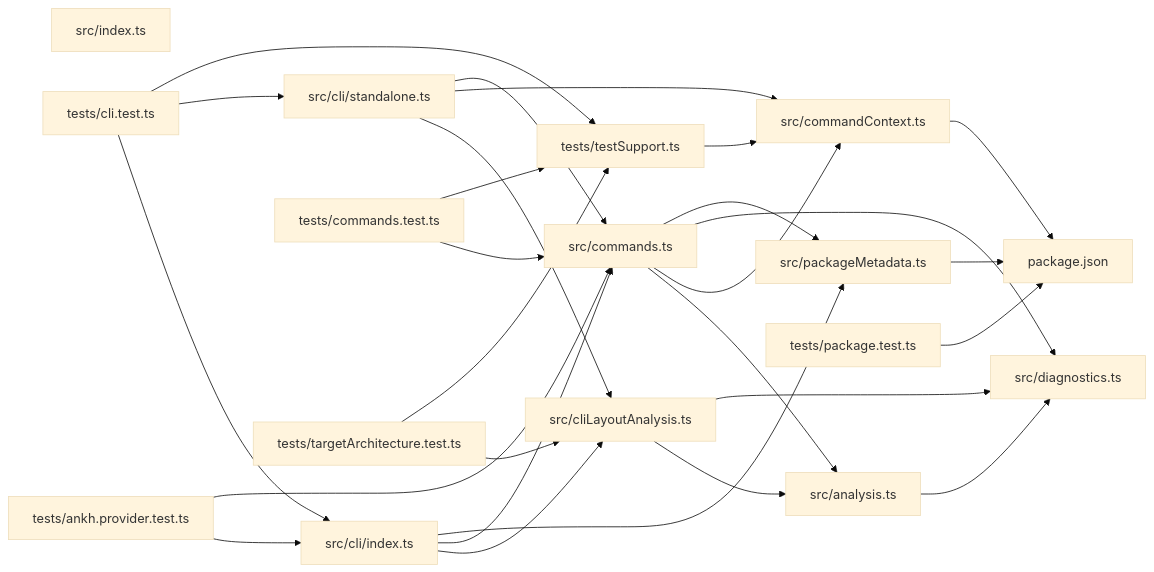
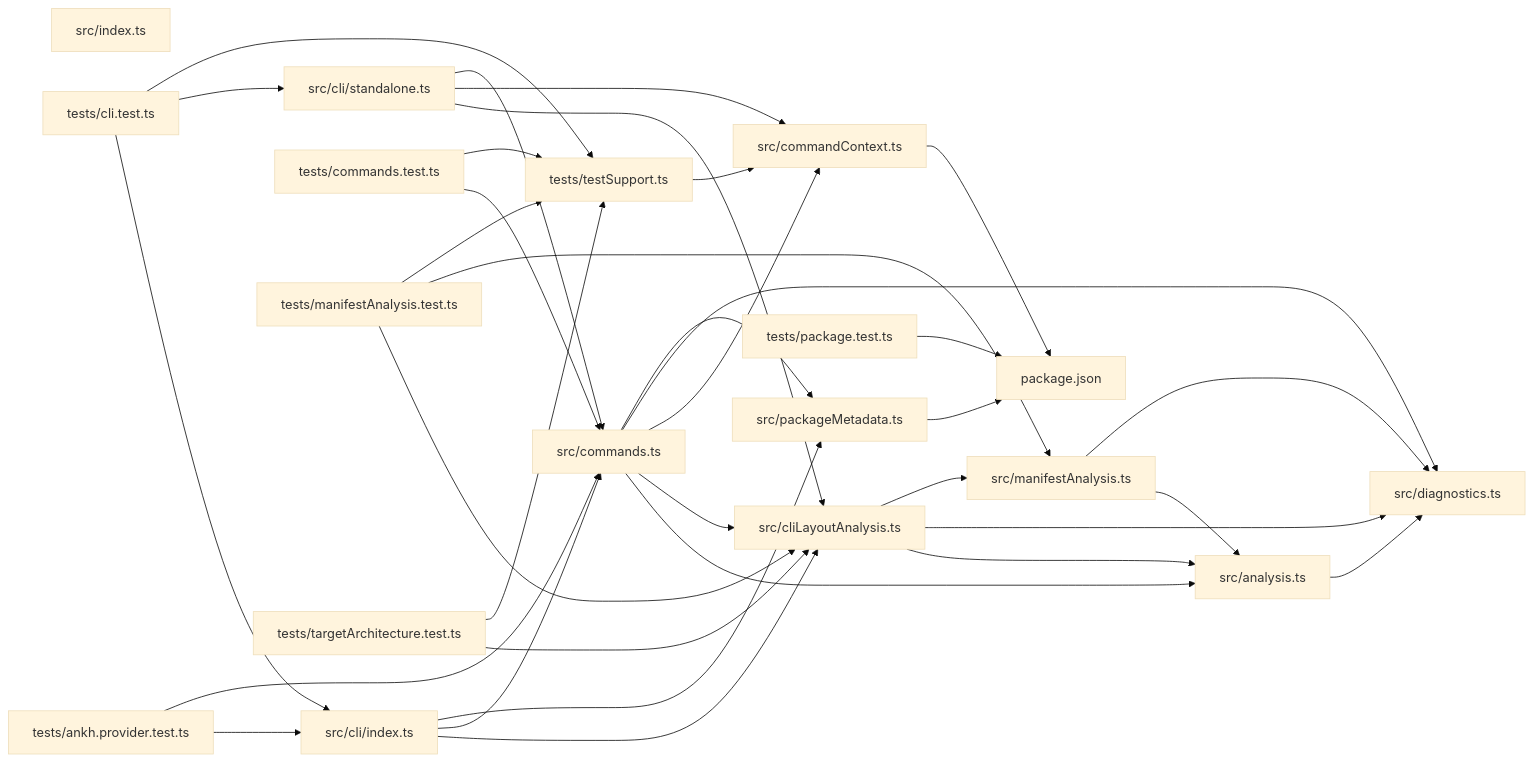
The diagram in paradox/diagrams/module-relationships.mmd (ankhorage/doctor), drawn with Mermaid (base theme) before and after one commit. The commit also changed 16 other files, not shown here.

```diff
--- a/paradox/diagrams/module-relationships.mmd
+++ b/paradox/diagrams/module-relationships.mmd
@@ -1,43 +1,52 @@
 graph LR
   module_package_json["package.json"]
   module_src_analysis_ts["src/analysis.ts"]
   module_src_cli_index_ts["src/cli/index.ts"]
   module_src_cli_standalone_ts["src/cli/standalone.ts"]
   module_src_cliLayoutAnalysis_ts["src/cliLayoutAnalysis.ts"]
   module_src_commandContext_ts["src/commandContext.ts"]
   module_src_commands_ts["src/commands.ts"]
   module_src_diagnostics_ts["src/diagnostics.ts"]
   module_src_index_ts["src/index.ts"]
+  module_src_manifestAnalysis_ts["src/manifestAnalysis.ts"]
   module_src_packageMetadata_ts["src/packageMetadata.ts"]
   module_tests_ankh_provider_test_ts["tests/ankh.provider.test.ts"]
   module_tests_cli_test_ts["tests/cli.test.ts"]
   module_tests_commands_test_ts["tests/commands.test.ts"]
+  module_tests_manifestAnalysis_test_ts["tests/manifestAnalysis.test.ts"]
   module_tests_package_test_ts["tests/package.test.ts"]
   module_tests_targetArchitecture_test_ts["tests/targetArchitecture.test.ts"]
   module_tests_testSupport_ts["tests/testSupport.ts"]
   module_src_analysis_ts --> module_src_diagnostics_ts
   module_src_cli_index_ts --> module_src_cliLayoutAnalysis_ts
   module_src_cli_index_ts --> module_src_commands_ts
   module_src_cli_index_ts --> module_src_packageMetadata_ts
   module_src_cli_standalone_ts --> module_src_cliLayoutAnalysis_ts
   module_src_cli_standalone_ts --> module_src_commandContext_ts
   module_src_cli_standalone_ts --> module_src_commands_ts
   module_src_cliLayoutAnalysis_ts --> module_src_analysis_ts
   module_src_cliLayoutAnalysis_ts --> module_src_diagnostics_ts
+  module_src_cliLayoutAnalysis_ts --> module_src_manifestAnalysis_ts
   module_src_commandContext_ts --> module_package_json
   module_src_commands_ts --> module_src_analysis_ts
+  module_src_commands_ts --> module_src_cliLayoutAnalysis_ts
   module_src_commands_ts --> module_src_commandContext_ts
   module_src_commands_ts --> module_src_diagnostics_ts
   module_src_commands_ts --> module_src_packageMetadata_ts
+  module_src_manifestAnalysis_ts --> module_src_analysis_ts
+  module_src_manifestAnalysis_ts --> module_src_diagnostics_ts
   module_src_packageMetadata_ts --> module_package_json
   module_tests_ankh_provider_test_ts --> module_src_cli_index_ts
   module_tests_ankh_provider_test_ts --> module_src_commands_ts
   module_tests_cli_test_ts --> module_src_cli_index_ts
   module_tests_cli_test_ts --> module_src_cli_standalone_ts
   module_tests_cli_test_ts --> module_tests_testSupport_ts
   module_tests_commands_test_ts --> module_src_commands_ts
   module_tests_commands_test_ts --> module_tests_testSupport_ts
+  module_tests_manifestAnalysis_test_ts --> module_src_cliLayoutAnalysis_ts
+  module_tests_manifestAnalysis_test_ts --> module_src_manifestAnalysis_ts
+  module_tests_manifestAnalysis_test_ts --> module_tests_testSupport_ts
   module_tests_package_test_ts --> module_package_json
   module_tests_targetArchitecture_test_ts --> module_src_cliLayoutAnalysis_ts
   module_tests_targetArchitecture_test_ts --> module_tests_testSupport_ts
   module_tests_testSupport_ts --> module_src_commandContext_ts
```
